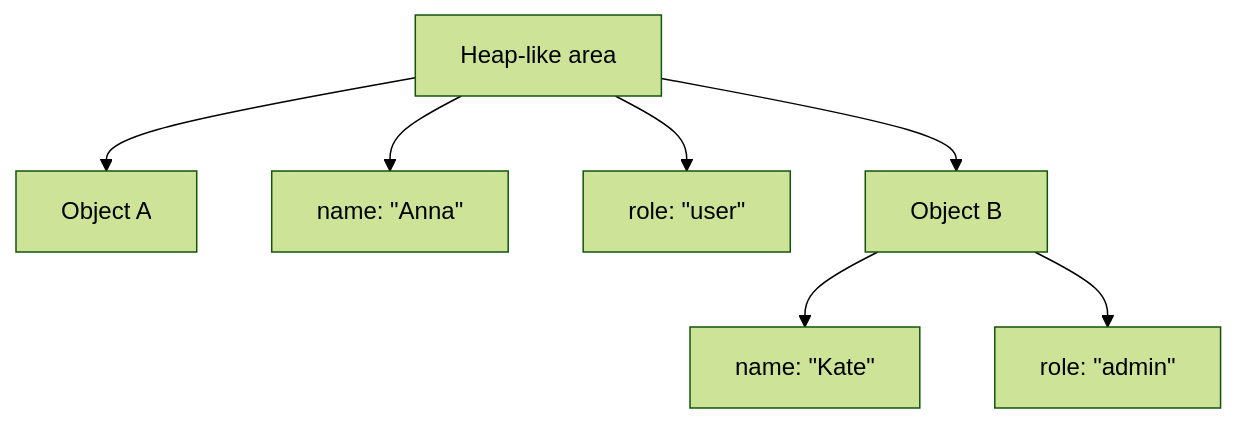
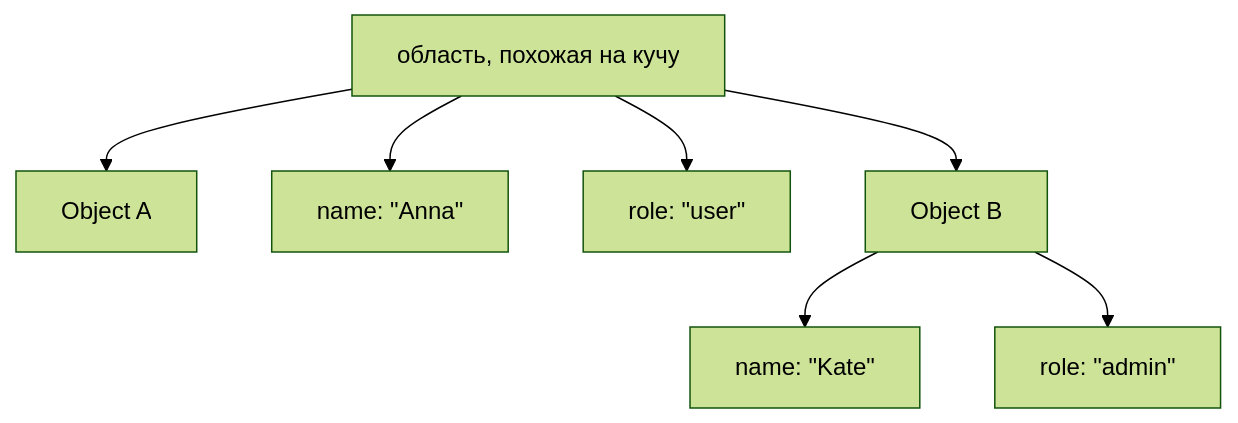
The sixth of 6 diagrams in docs/01-javascript/14-stack-and-heap.md (Bimba333/qa-js-ts-cookbook), drawn with Mermaid (forest theme) before and after one commit. The commit also changed other lines of this file and 101 other files, not shown here.

````diff
--- a/docs/01-javascript/14-stack-and-heap.md
+++ b/docs/01-javascript/14-stack-and-heap.md
@@ -279,16 +279,16 @@
 ```mermaid
 flowchart TD
-    N1["Heap-like area"]
+    N1["область, похожая на кучу"]
     N2["Object A"]
     N3["name: &quot;Anna&quot;"]
     N4["role: &quot;user&quot;"]
     N5["Object B"]
     N6["name: &quot;Kate&quot;"]
     N7["role: &quot;admin&quot;"]
     N1 --> N2
     N1 --> N3
     N1 --> N4
     N1 --> N5
     N5 --> N6
     N5 --> N7
 ```
````
